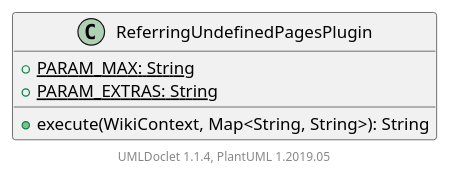
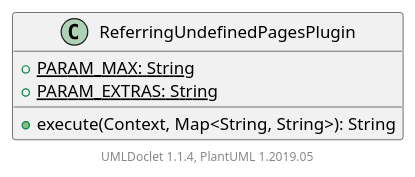
One commit to apache/jspwiki-site changed the diagram in apidocs/2.11.0.M7-SNAPSHOT/org/apache/wiki/plugin/ReferringUndefinedPagesPlugin.puml. Above: the diagram before and after it, drawn with PlantUML. The commit also changed 2126 other files, not shown here.

```diff
--- a/apidocs/2.11.0.M7-SNAPSHOT/org/apache/wiki/plugin/ReferringUndefinedPagesPlugin.puml
+++ b/apidocs/2.11.0.M7-SNAPSHOT/org/apache/wiki/plugin/ReferringUndefinedPagesPlugin.puml
@@ -1,11 +1,11 @@
 @startuml
 
     class ReferringUndefinedPagesPlugin [[ReferringUndefinedPagesPlugin.html]] {
         {static} +PARAM_MAX: String
         {static} +PARAM_EXTRAS: String
-        +execute(WikiContext, Map<String, String>): String
+        +execute(Context, Map<String, String>): String
     }
 
 
     center footer UMLDoclet 1.1.4, PlantUML 1.2019.05
 @enduml
```
